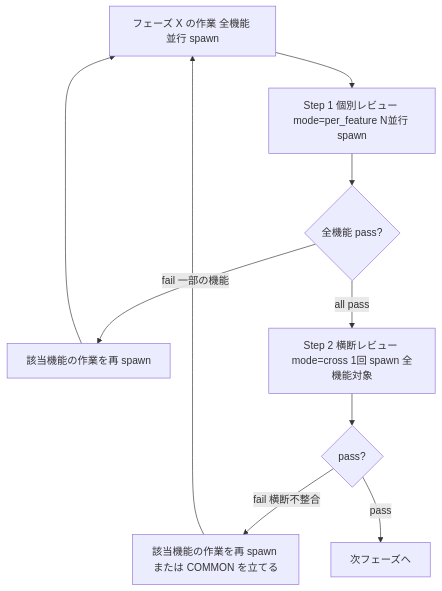
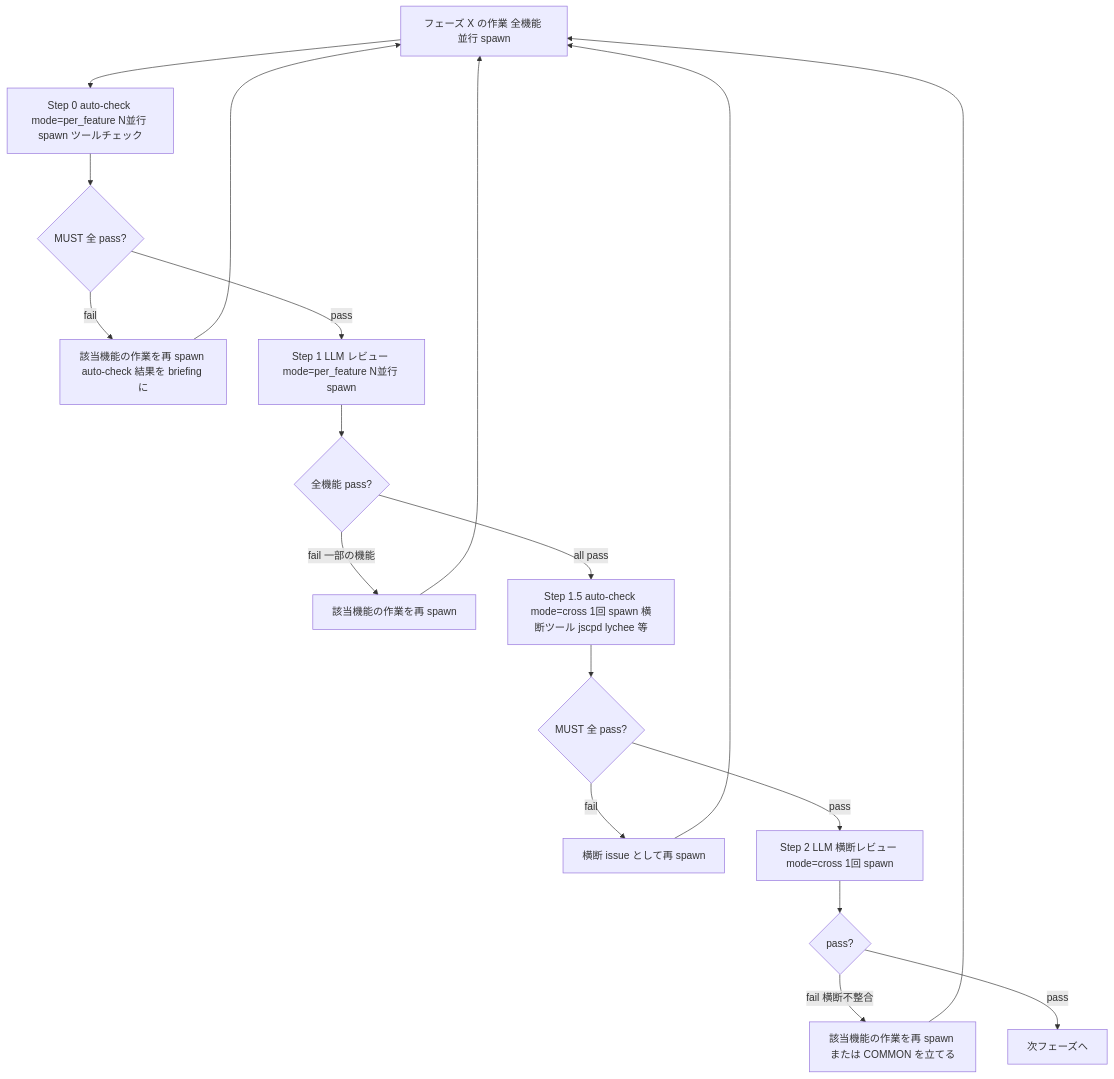
One commit to yamasuki-/software_dev_workflow changed the second of 4 diagrams in skills/dev-workflow/SKILL.md. Above: the diagram before and after it, drawn with Mermaid. The commit also changed other lines of this file and 27 other files, not shown here.

````diff
--- a/skills/dev-workflow/SKILL.md
+++ b/skills/dev-workflow/SKILL.md
@@ -340,13 +353,21 @@
 ```mermaid
 flowchart TD
     Work[フェーズ X の作業 全機能 並行 spawn]
-    Work --> S1[Step 1 個別レビュー mode=per_feature N並行 spawn]
+    Work --> AC1[Step 0 auto-check mode=per_feature N並行 spawn ツールチェック]
+    AC1 --> AC1R{MUST 全 pass?}
+    AC1R -->|fail| FixAC[該当機能の作業を再 spawn auto-check 結果を briefing に]
+    FixAC --> Work
+    AC1R -->|pass| S1[Step 1 LLM レビュー mode=per_feature N並行 spawn]
     S1 --> S1R{全機能 pass?}
     S1R -->|fail 一部の機能| Fix1[該当機能の作業を再 spawn]
     Fix1 --> Work
-    S1R -->|all pass| S2[Step 2 横断レビュー mode=cross 1回 spawn 全機能対象]
+    S1R -->|all pass| AC2[Step 1.5 auto-check mode=cross 1回 spawn 横断ツール jscpd lychee 等]
+    AC2 --> AC2R{MUST 全 pass?}
+    AC2R -->|fail| FixAC2[横断 issue として再 spawn]
+    FixAC2 --> Work
+    AC2R -->|pass| S2[Step 2 LLM 横断レビュー mode=cross 1回 spawn]
     S2 --> S2R{pass?}
     S2R -->|fail 横断不整合| Fix2[該当機能の作業を再 spawn または COMMON を立てる]
     Fix2 --> Work
     S2R -->|pass| Next[次フェーズへ]
 ```
````
